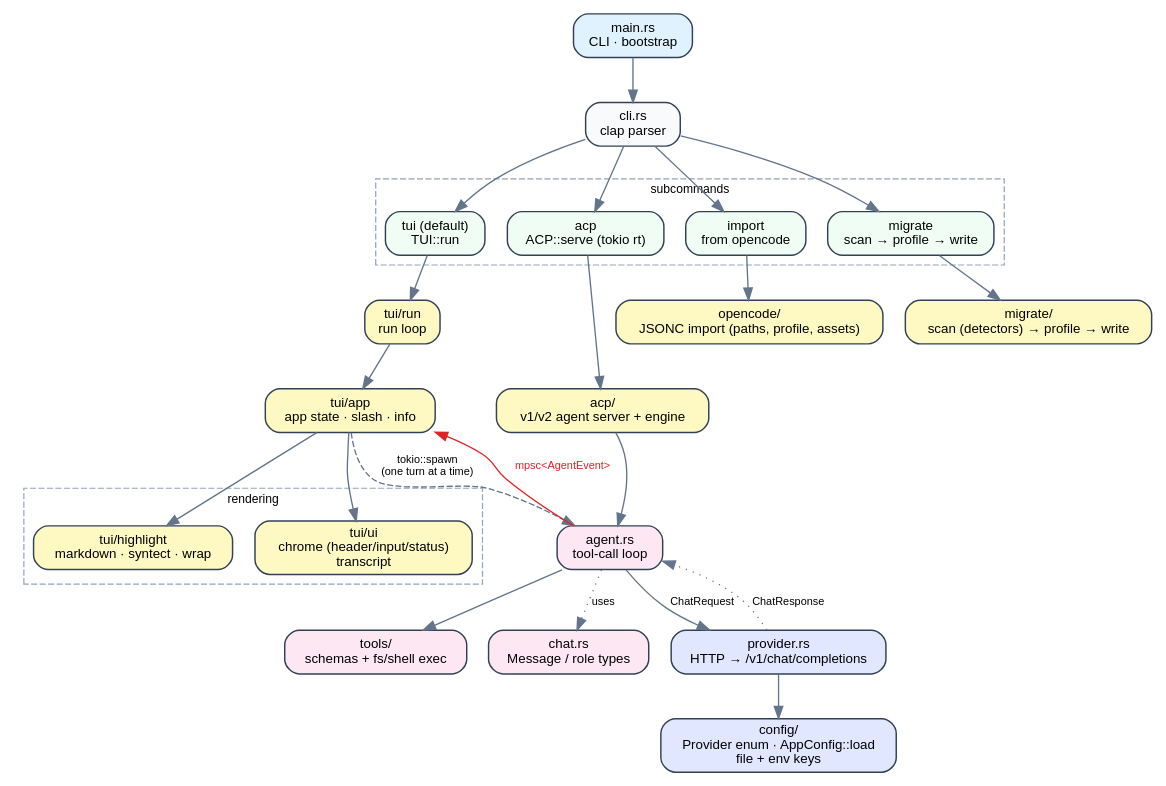
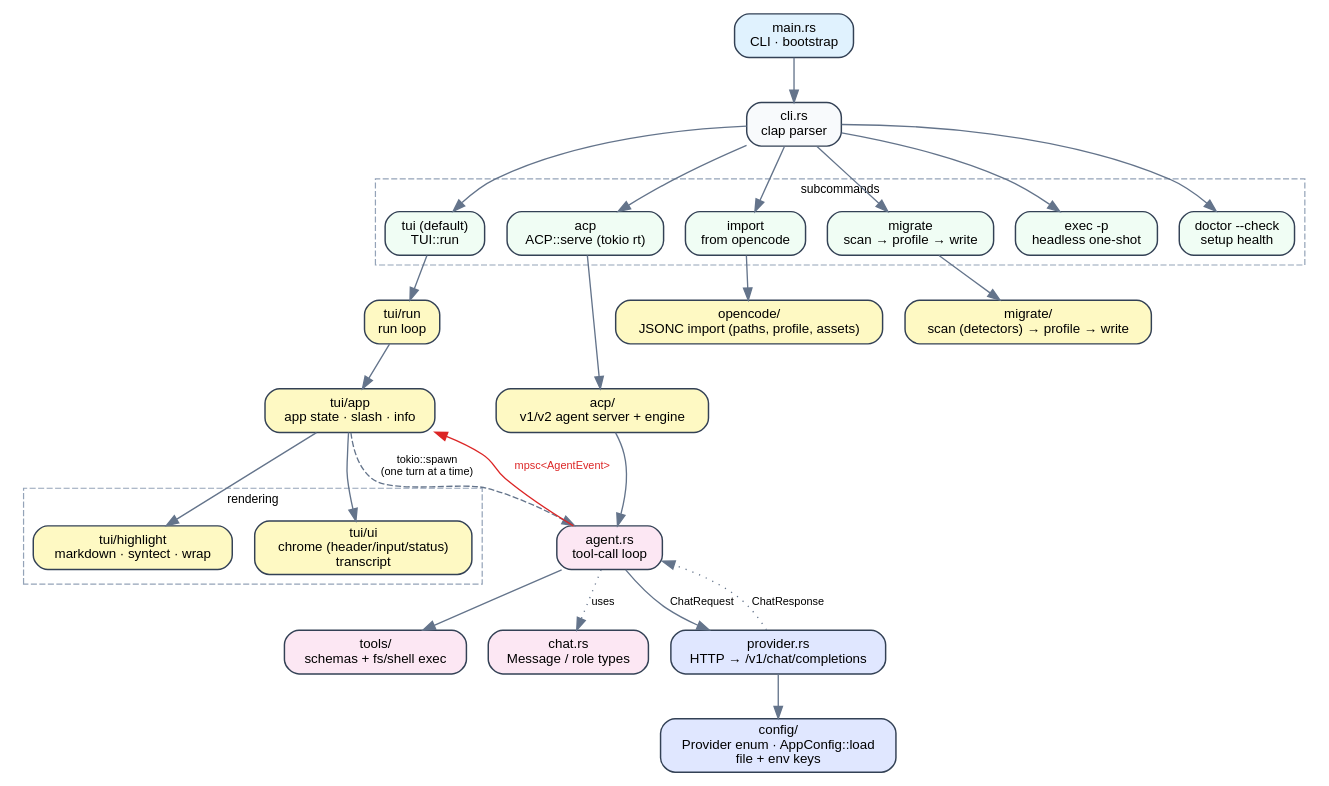
Before and after one commit to yingkitw/lightrs: the diagram in arch.dot, drawn with Graphviz. The commit also changed 18 other files, not shown here.

```diff
--- a/arch.dot
+++ b/arch.dot
@@ -1,81 +1,85 @@
 digraph lightrs {
     rankdir = TB;
     bgcolor = "white";
     fontname = "Helvetica";
     node [fontname = "Helvetica", fontsize = 11, shape = box, style = "rounded,filled", color = "#334155", penwidth = 1.2];
     edge [fontname = "Helvetica", fontsize = 9, color = "#64748b", penwidth = 1.1];
 
     // ── Entry ─────────────────────────────────────────────
     main [label = "main.rs\nCLI · bootstrap", fillcolor = "#e0f2fe"];
     cli  [label = "cli.rs\nclap parser", fillcolor = "#f8fafc"];
 
     main -> cli;
 
     // ── Commands ──────────────────────────────────────────
     subgraph cluster_cmds {
         label = "subcommands";
         fontsize = 10;
         color = "#94a3b8";
         style = dashed;
 
         tui_cmd  [label = "tui (default)\nTUI::run", fillcolor = "#f0fdf4"];
         acp_cmd  [label = "acp\nACP::serve (tokio rt)", fillcolor = "#f0fdf4"];
         imp_cmd  [label = "import\nfrom opencode", fillcolor = "#f0fdf4"];
         mig_cmd  [label = "migrate\nscan → profile → write", fillcolor = "#f0fdf4"];
+        exec_cmd [label = "exec -p\nheadless one-shot", fillcolor = "#f0fdf4"];
+        doc_cmd  [label = "doctor --check\nsetup health", fillcolor = "#f0fdf4"];
     }
 
     cli -> tui_cmd;
     cli -> acp_cmd;
     cli -> imp_cmd;
     cli -> mig_cmd;
+    cli -> exec_cmd;
+    cli -> doc_cmd;
 
     // ── ACP branch ────────────────────────────────────────
     acp [label = "acp/\nv1/v2 agent server + engine", fillcolor = "#fef9c3"];
     acp_cmd -> acp;
 
     // ── Import / migrate branch ───────────────────────────
     opencode [label = "opencode/\nJSONC import (paths, profile, assets)", fillcolor = "#fef9c3"];
     migrate  [label = "migrate/\nscan (detectors) → profile → write", fillcolor = "#fef9c3"];
     imp_cmd -> opencode;
     mig_cmd -> migrate;
 
     // ── TUI branch ────────────────────────────────────────
     tui_run [label = "tui/run\nrun loop", fillcolor = "#fef9c3"];
     tui_app [label = "tui/app\napp state · slash · info", fillcolor = "#fef9c3"];
     tui_cmd -> tui_run -> tui_app;
 
     subgraph cluster_tui {
         label = "rendering";
         fontsize = 10;
         color = "#94a3b8";
         style = dashed;
 
         highlight [label = "tui/highlight\nmarkdown · syntect · wrap", fillcolor = "#fef9c3"];
         ui        [label = "tui/ui\nchrome (header/input/status)\ntranscript", fillcolor = "#fef9c3"];
     }
 
     tui_app -> highlight;
     tui_app -> ui;
 
     // ── Agent core ────────────────────────────────────────
     agent [label = "agent.rs\ntool-call loop", fillcolor = "#fce7f3"];
     tui_app -> agent [label = "tokio::spawn\n(one turn at a time)", style = dashed];
     acp -> agent;
 
     tools [label = "tools/\nschemas + fs/shell exec", fillcolor = "#fce7f3"];
     agent -> tools;
 
     chat [label = "chat.rs\nMessage / role types", fillcolor = "#fce7f3"];
     agent -> chat [style = dotted, label = "uses"];
 
     // ── Provider layer ────────────────────────────────────
     provider [label = "provider.rs\nHTTP → /v1/chat/completions", fillcolor = "#e0e7ff"];
     config   [label = "config/\nProvider enum · AppConfig::load\nfile + env keys", fillcolor = "#e0e7ff"];
 
     agent -> provider [label = "ChatRequest"];
     provider -> agent [label = "ChatResponse", style = dotted];
     provider -> config;
 
     // ── Concurrency: mpsc events ──────────────────────────
     agent -> tui_app [label = "mpsc<AgentEvent>", color = "#dc2626", fontcolor = "#dc2626", constraint = false];
 }
```
